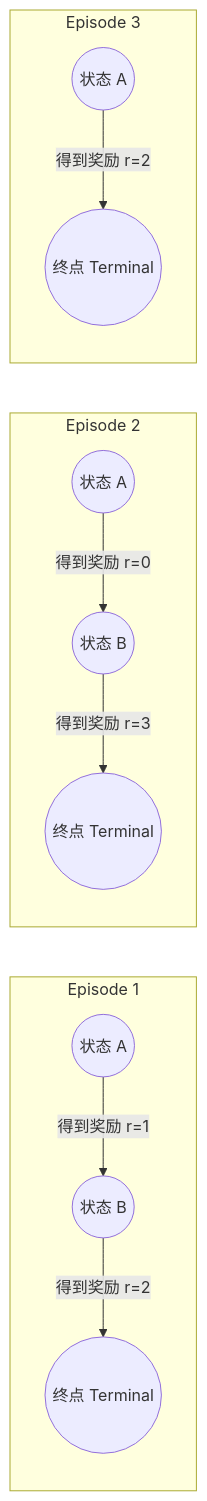
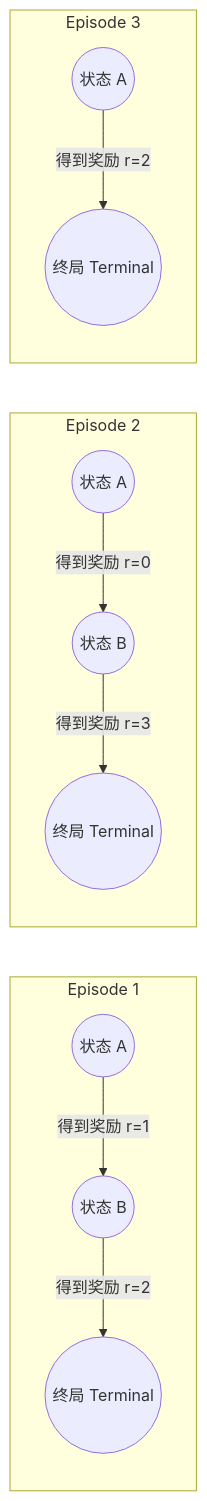
Before and after one commit to justahorsem/justahorsem.github.io: the second of 2 diagrams in _posts/2026-04-07-mc-vs-td-summary.md, drawn with Mermaid. The commit also changed other lines of this file, not shown here.

````diff
--- a/_posts/2026-04-07-mc-vs-td-summary.md
+++ b/_posts/2026-04-07-mc-vs-td-summary.md
@@ -59,12 +58,12 @@
 ```mermaid
 graph LR
     subgraph "Episode 1"
-        A1(("状态 A")) --"得到奖励 r=1"--> B1(("状态 B")) --"得到奖励 r=2"--> T1(("终点 Terminal"))
+        A1(("状态 A")) --"得到奖励 r=1"--> B1(("状态 B")) --"得到奖励 r=2"--> T1(("终局 Terminal"))
     end
     subgraph "Episode 2"
-        A2(("状态 A")) --"得到奖励 r=0"--> B2(("状态 B")) --"得到奖励 r=3"--> T2(("终点 Terminal"))
+        A2(("状态 A")) --"得到奖励 r=0"--> B2(("状态 B")) --"得到奖励 r=3"--> T2(("终局 Terminal"))
     end
     subgraph "Episode 3"
-        A3(("状态 A")) --"得到奖励 r=2"--> T3(("终点 Terminal"))
+        A3(("状态 A")) --"得到奖励 r=2"--> T3(("终局 Terminal"))
     end
 ```
````
